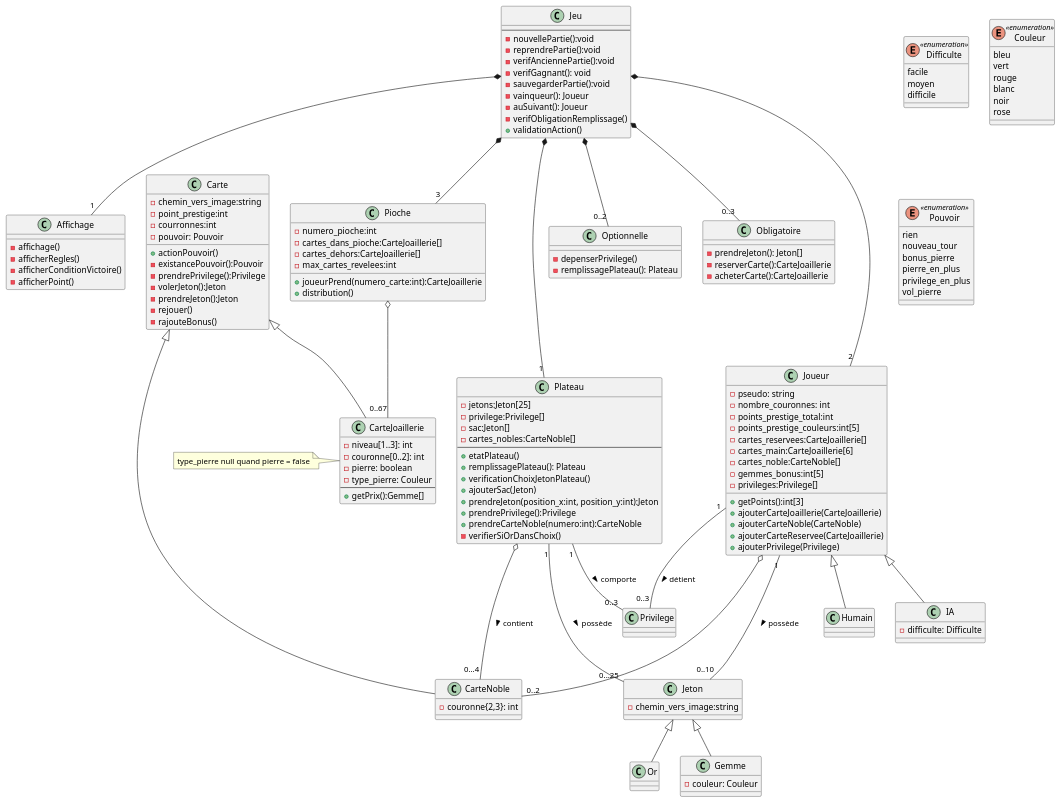
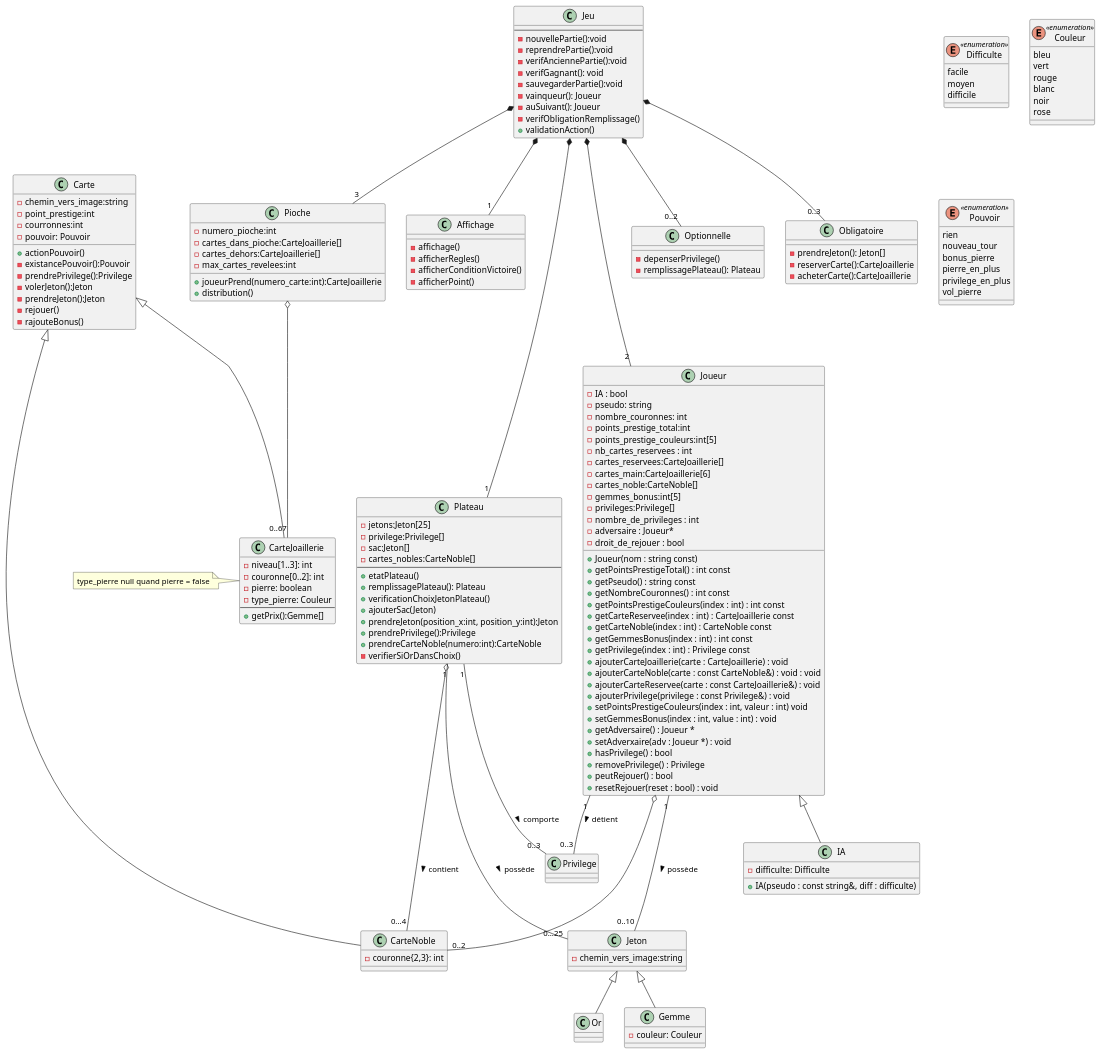
One commit to LaylaLunae/Splendor-duel changed the diagram in SplendorUML.puml. Above: the diagram before and after it, drawn with PlantUML. The commit also changed 2 other files, not shown here.

Commit message:
rajout de l'attribut IA : bool dans joeur et suppression de la classe Humain

```diff
--- a/SplendorUML.puml
+++ b/SplendorUML.puml
@@ -40,24 +40,47 @@
 
 
 class Joueur {
+- IA : bool
 - pseudo: string
 - nombre_couronnes: int
 - points_prestige_total:int
 - points_prestige_couleurs:int[5]
+- nb_cartes_reservees : int
 - cartes_reservees:CarteJoaillerie[]
 - cartes_main:CarteJoaillerie[6]
 - cartes_noble:CarteNoble[]
 - gemmes_bonus:int[5]
 - privileges:Privilege[]
-+ getPoints():int[3]
-+ ajouterCarteJoaillerie(CarteJoaillerie)
-+ ajouterCarteNoble(CarteNoble)
-+ ajouterCarteReservee(CarteJoaillerie)
-+ ajouterPrivilege(Privilege)
+- nombre_de_privileges : int
+- adversaire : Joueur*
+- droit_de_rejouer : bool
+
++ Joueur(nom : string const)
++ getPointsPrestigeTotal() : int const
++ getPseudo() : string const
++ getNombreCouronnes() : int const
++ getPointsPrestigeCouleurs(index : int) : int const
++ getCarteReservee(index : int) : CarteJoaillerie const
++ getCarteNoble(index : int) : CarteNoble const
++ getGemmesBonus(index : int) : int const
++ getPrivilege(index : int) : Privilege const
++ ajouterCarteJoaillerie(carte : CarteJoaillerie) : void
++ ajouterCarteNoble(carte : const CarteNoble&) : void : void
++ ajouterCarteReservee(carte : const CarteJoaillerie&) : void
++ ajouterPrivilege(privilege : const Privilege&) : void
++ setPointsPrestigeCouleurs(index : int, valeur : int) void
++ setGemmesBonus(index : int, value : int) : void
++ getAdversaire() : Joueur *
++ setAdverxaire(adv : Joueur *) : void
++ hasPrivilege() : bool
++ removePrivilege() : Privilege
++ peutRejouer() : bool
++ resetRejouer(reset : bool) : void
 }
 
 class IA {
 - difficulte: Difficulte
++ IA(pseudo : const string&, diff : difficulte)
 }
 
 enum Difficulte <<enumeration>> {
@@ -146,7 +169,6 @@
 
 
 Joueur <|-- IA
-Joueur <|-- Humain
 
 Jeu *--- "1" Plateau
 Jeu *-- "2" Joueur
```
